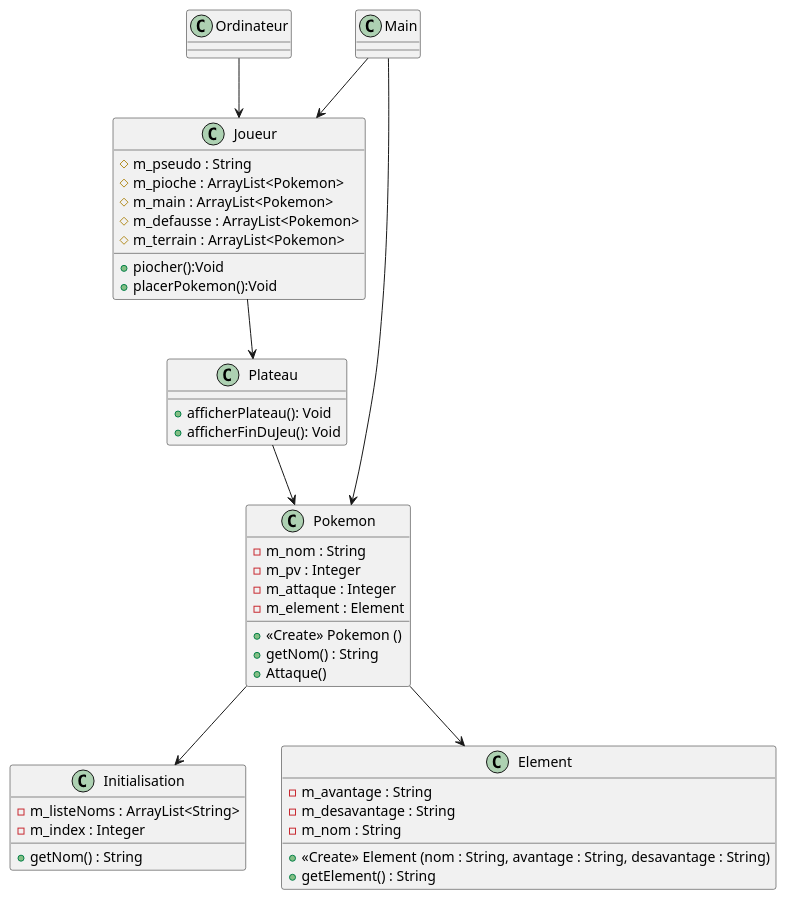
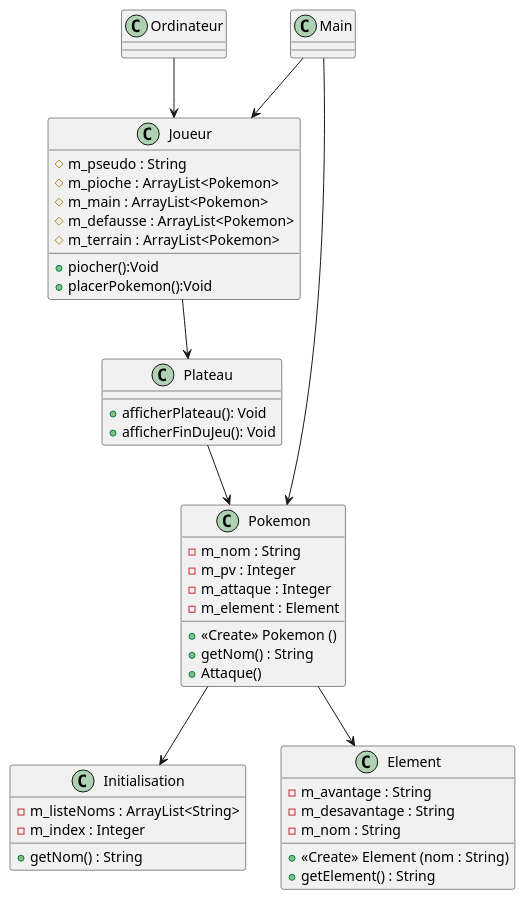
The diagram in uml/semaine1.puml (Wa-Melissa/Pookemon), drawn with PlantUML before and after one commit. The commit also changed 5 other files, not shown here.

Commit message:
Implémentation de méthodes dans les classes Element, Initialisation et Pokemon + Modification de l'UML

```diff
--- a/uml/semaine1.puml
+++ b/uml/semaine1.puml
@@ -1,67 +1,67 @@
 @startuml
 
 class Main
 {
 
 }
 
 class Ordinateur
 {
 
 }
 
 class Joueur
 {
 # m_pseudo : String
 # m_pioche : ArrayList<Pokemon>
 # m_main : ArrayList<Pokemon>
 # m_defausse : ArrayList<Pokemon>
 # m_terrain : ArrayList<Pokemon>
 + piocher():Void
 + placerPokemon():Void
 
 }
 
 
 class Pokemon
 {
 - m_nom : String
 - m_pv : Integer
 - m_attaque : Integer
 - m_element : Element
 + <<Create>> Pokemon ()
 + getNom() : String
 + Attaque()
 }
 
 class Plateau
 {
 + afficherPlateau(): Void
 +afficherFinDuJeu(): Void
 }
 
 class Initialisation
 {
 - m_listeNoms : ArrayList<String>
 - m_index : Integer
 + getNom() : String
 }
 
 class Element
 {
 - m_avantage : String
 - m_desavantage : String
 - m_nom : String
-+ <<Create>> Element (nom : String, avantage : String, desavantage : String)
++ <<Create>> Element (nom : String)
 + getElement() : String
 }
 
 Plateau --> Pokemon
 Pokemon --> Element
 Ordinateur --> Joueur
 Joueur --> Plateau
 Main --> Pokemon
 Main --> Joueur
 Pokemon --> Initialisation
 
 @enduml
```
